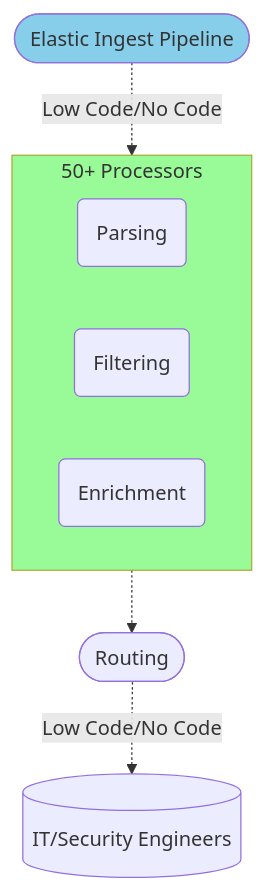
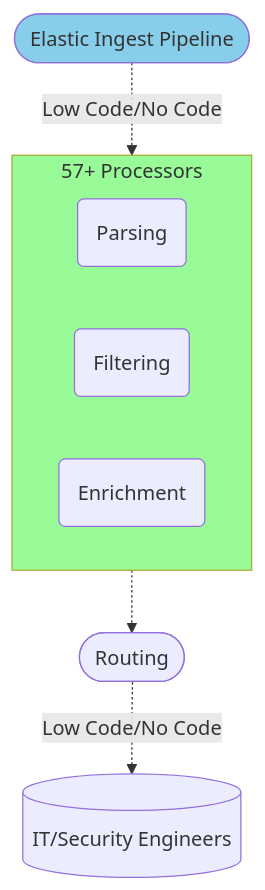
Before and after one commit to VirtualMetric/virtualmetric-docs: the sixth of 7 diagrams in docs/README.mdx, drawn with Mermaid. The commit also changed other lines of this file and 4 other files, not shown here.

````diff
--- a/docs/README.mdx
+++ b/docs/README.mdx
@@ -174,17 +174,17 @@
 ```mermaid
 graph TD
     EIP([Elastic Ingest Pipeline])
     
-    subgraph Processors[50+ Processors]
+    subgraph Processors[57+ Processors]
         P1(Parsing)
         P2(Filtering)
         P3(Enrichment)
     end
     
     EIP -.-> |Low Code/No Code| Processors
     Processors -.-> Routing([Routing])
     Routing -.->  |Low Code/No Code| Engineers[(IT/Security Engineers)]
     
     style EIP fill:#87CEEB
     style Processors fill:#98FB98
 ```
````
